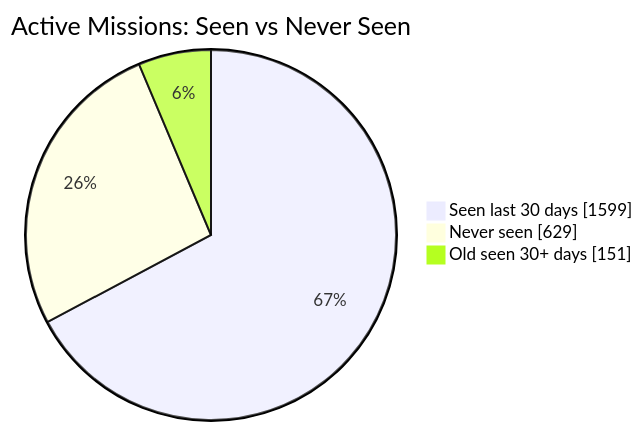
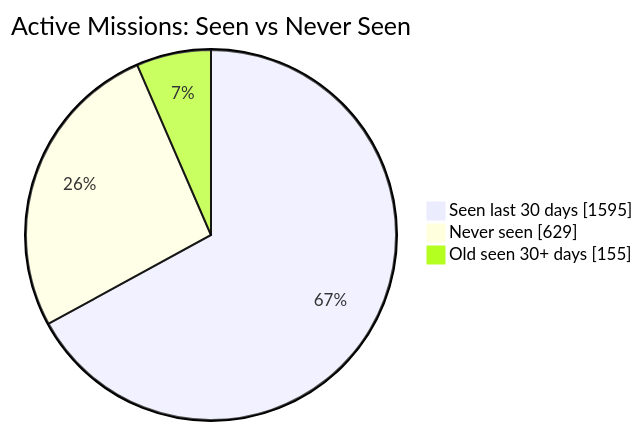
One commit to MeldkamerspelGameTeam/active-missions changed the first of 2 diagrams in README.md. Above: the diagram before and after it, drawn with Mermaid. The commit also changed other lines of this file and 3 other files, not shown here.

````diff
--- a/README.md
+++ b/README.md
@@ -34,7 +34,7 @@
 ```mermaid
 pie showData
     title Active Missions: Seen vs Never Seen
-    "Seen last 30 days" : 1599
+    "Seen last 30 days" : 1595
     "Never seen" : 629
-    "Old seen 30+ days" : 151
+    "Old seen 30+ days" : 155
 ```
````
